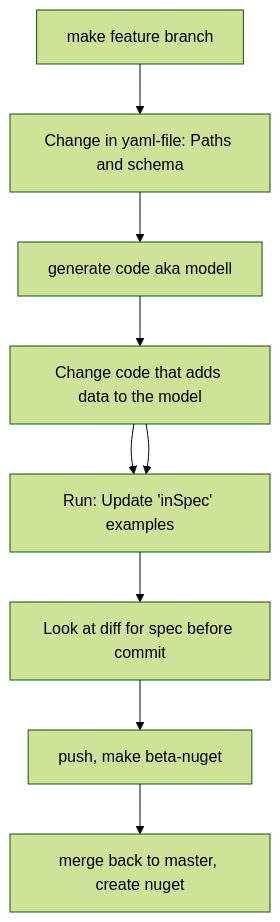
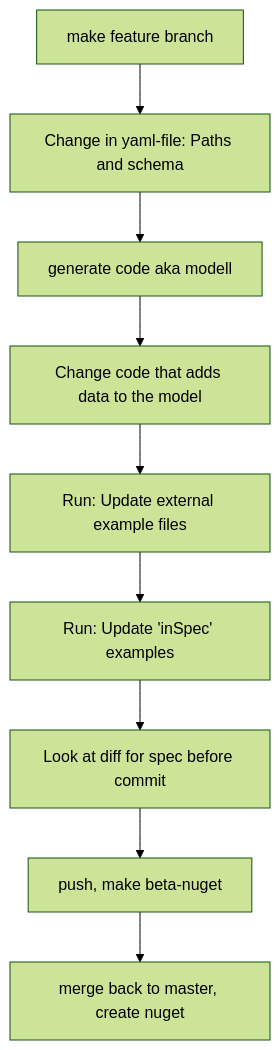
One commit to PxTools/PxApiSpecs changed the diagram in generator/Readme.md. Above: the diagram before and after it, drawn with Mermaid (forest theme).

````diff
--- a/generator/Readme.md
+++ b/generator/Readme.md
@@ -4,14 +4,13 @@
 ```mermaid      
   graph TD;
       A0[make feature branch]-->A
       A[Change in yaml-file: Paths and schema]-->B[generate code aka modell];
       B-->C[Change code that adds data to the model];
       C-->D[Run: Update external example files];
-      C-->D[Run: Update 'inSpec' examples];
-      D-->D1[Look at diff for spec before commit];
-      
-      D1-->E[push, make beta-nuget];
+      D-->D10[Run: Update 'inSpec' examples];
+      D10-->D20[Look at diff for spec before commit];
+      D20-->E[push, make beta-nuget];
       E-->F[ merge back to master, create nuget];
 
       
 ```
````
